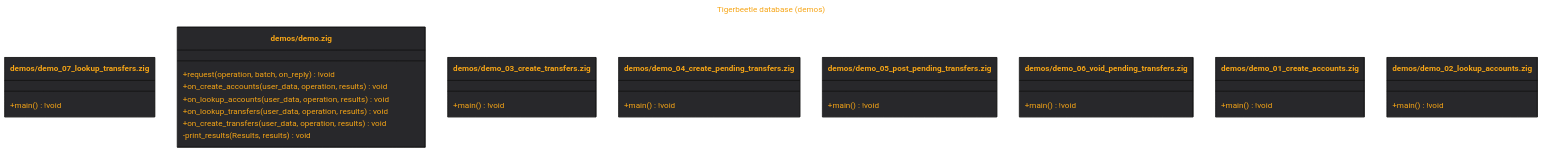
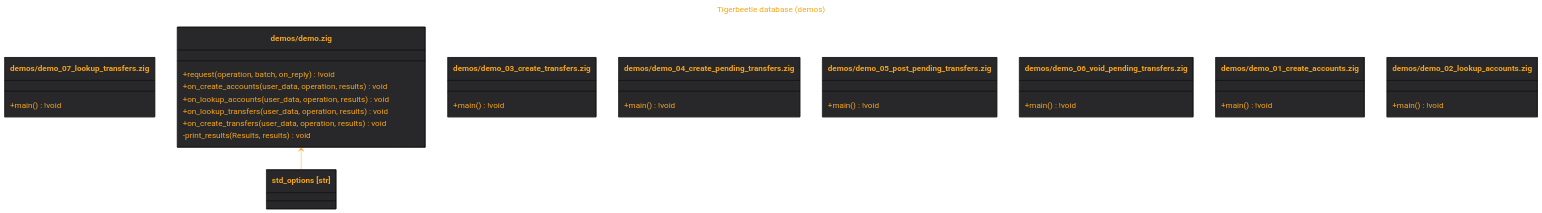
Before and after one commit to tensorush/meduza: the diagram in out/src.demos.md, drawn with Mermaid. The commit also changed 10 other files, not shown here.

````diff
--- a/out/src.demos.md
+++ b/out/src.demos.md
@@ -1,55 +1,58 @@
 ```mermaid
 ---
 title: Tigerbeetle database (demos)
 ---
 %%{
     init: {
         'theme': 'base',
         'themeVariables': {
             'fontSize': '18px',
             'fontFamily': 'arial',
             'lineColor': '#F6A516',
             'primaryColor': '#28282B',
             'primaryTextColor': '#F6A516'
         }
     }
 }%%
 classDiagram
 class `demos/demo_07_lookup_transfers.zig` {
     +main() !void
 }
 link `demos/demo_07_lookup_transfers.zig` "https://github.com/tigerbeetle/tigerbeetle/blob/main/src/demos/demo_07_lookup_transfers.zig"
+class std_options["std_options [str]"]
+link std_options "https://github.com/tigerbeetle/tigerbeetle/blob/main/src/demos/demo.zig#L23"
 class `demos/demo.zig` {
     +request(operation, batch, on_reply) !void
     +on_create_accounts(user_data, operation, results) void
     +on_lookup_accounts(user_data, operation, results) void
     +on_lookup_transfers(user_data, operation, results) void
     +on_create_transfers(user_data, operation, results) void
     -print_results(Results, results) void
 }
+`demos/demo.zig` <-- std_options
 link `demos/demo.zig` "https://github.com/tigerbeetle/tigerbeetle/blob/main/src/demos/demo.zig"
 class `demos/demo_03_create_transfers.zig` {
     +main() !void
 }
 link `demos/demo_03_create_transfers.zig` "https://github.com/tigerbeetle/tigerbeetle/blob/main/src/demos/demo_03_create_transfers.zig"
 class `demos/demo_04_create_pending_transfers.zig` {
     +main() !void
 }
 link `demos/demo_04_create_pending_transfers.zig` "https://github.com/tigerbeetle/tigerbeetle/blob/main/src/demos/demo_04_create_pending_transfers.zig"
 class `demos/demo_05_post_pending_transfers.zig` {
     +main() !void
 }
 link `demos/demo_05_post_pending_transfers.zig` "https://github.com/tigerbeetle/tigerbeetle/blob/main/src/demos/demo_05_post_pending_transfers.zig"
 class `demos/demo_06_void_pending_transfers.zig` {
     +main() !void
 }
 link `demos/demo_06_void_pending_transfers.zig` "https://github.com/tigerbeetle/tigerbeetle/blob/main/src/demos/demo_06_void_pending_transfers.zig"
 class `demos/demo_01_create_accounts.zig` {
     +main() !void
 }
 link `demos/demo_01_create_accounts.zig` "https://github.com/tigerbeetle/tigerbeetle/blob/main/src/demos/demo_01_create_accounts.zig"
 class `demos/demo_02_lookup_accounts.zig` {
     +main() !void
 }
 link `demos/demo_02_lookup_accounts.zig` "https://github.com/tigerbeetle/tigerbeetle/blob/main/src/demos/demo_02_lookup_accounts.zig"
 ```
````
